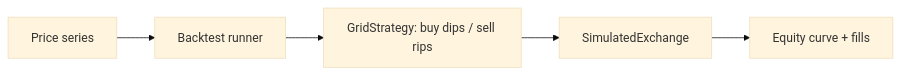
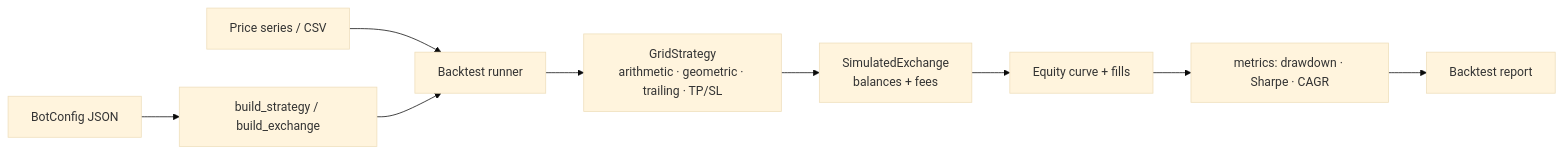
Before and after one commit to Viprasol-Tech/grid-trading-bot: the diagram in README.md, drawn with Mermaid (base theme). The commit also changed other lines of this file and 14 other files, not shown here.

````diff
--- a/README.md
+++ b/README.md
@@ -69,7 +101,11 @@
 ```mermaid
 flowchart LR
-    FEED[Price series] --> BT[Backtest runner]
-    BT --> GRID[GridStrategy: buy dips / sell rips]
-    GRID --> EX[SimulatedExchange]
+    CFG[BotConfig JSON] --> BUILD[build_strategy / build_exchange]
+    FEED[Price series / CSV] --> BT[Backtest runner]
+    BUILD --> BT
+    BT --> GRID[GridStrategy<br/>arithmetic · geometric · trailing · TP/SL]
+    GRID --> EX[SimulatedExchange<br/>balances + fees]
     EX --> EQ[Equity curve + fills]
+    EQ --> MET[metrics: drawdown · Sharpe · CAGR]
+    MET --> REP[Backtest report]
 ```
````
